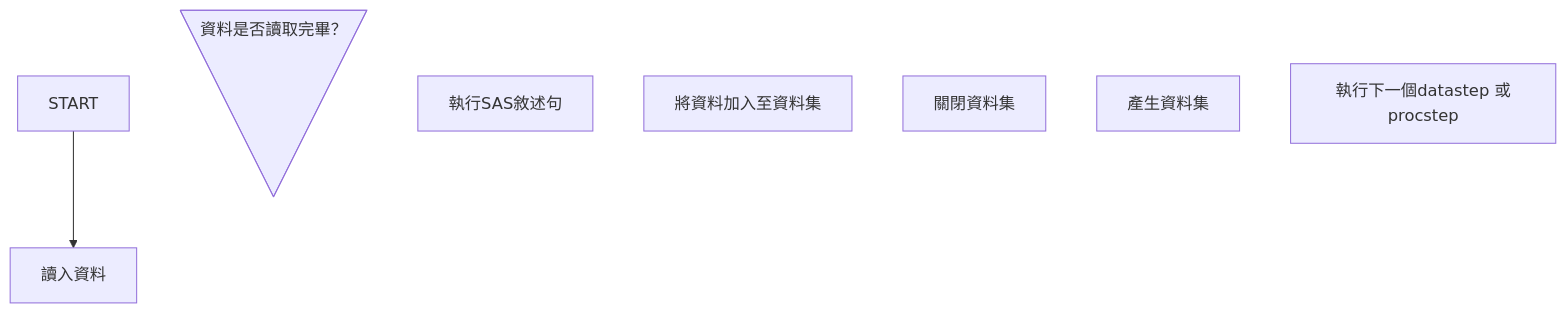
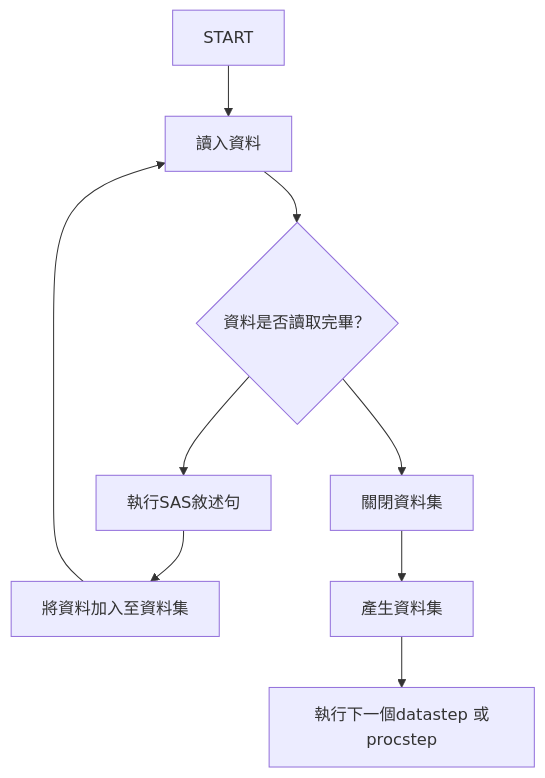
The diagram in 知識/統計/SAS/基礎知識/datastep.md (kuku0508/kuku_note_ver_2), drawn with Mermaid before and after one commit.

Commit message:
vault backup: 2025-07-26 17:31:23

````diff
--- a/知識/統計/SAS/基礎知識/datastep.md
+++ b/知識/統計/SAS/基礎知識/datastep.md
@@ -8,12 +8,19 @@
 ```mermaid
 flowchart TD
 A@{shape: rect, label: "START"}
 B@{shape: rect, label: "讀入資料"}
-C@{shape: flip-tri, label: "資料是否讀取完畢？"}
+C@{shape: diam, label: "資料是否讀取完畢？"}
 D@{shape: rect, label: "執行SAS敘述句"}
 E@{shape: rect, label: "將資料加入至資料集"}
 F@{shape: rect, label: "關閉資料集"}
 G@{shape: rect, label: "產生資料集"}
 H@{shape: rect, label: "執行下一個datastep 或procstep"}
 A --> B
+B --> C
+C --> D
+D --> E
+E --> B
+C --> F
+F --> G
+G --> H
 ```
````
